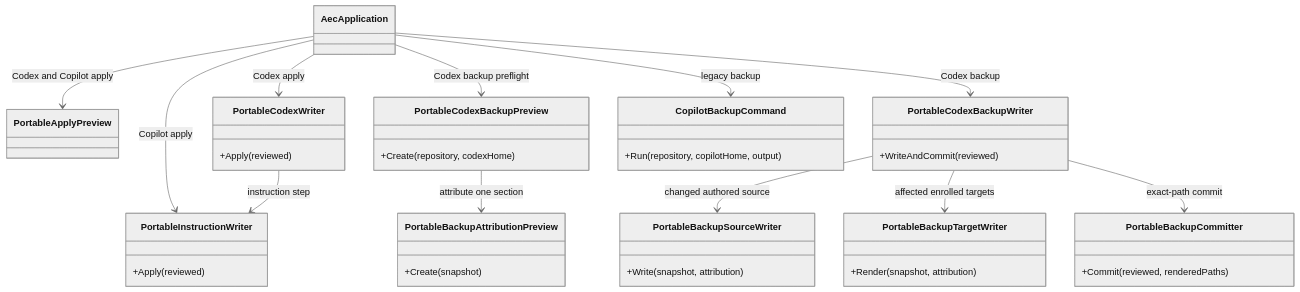
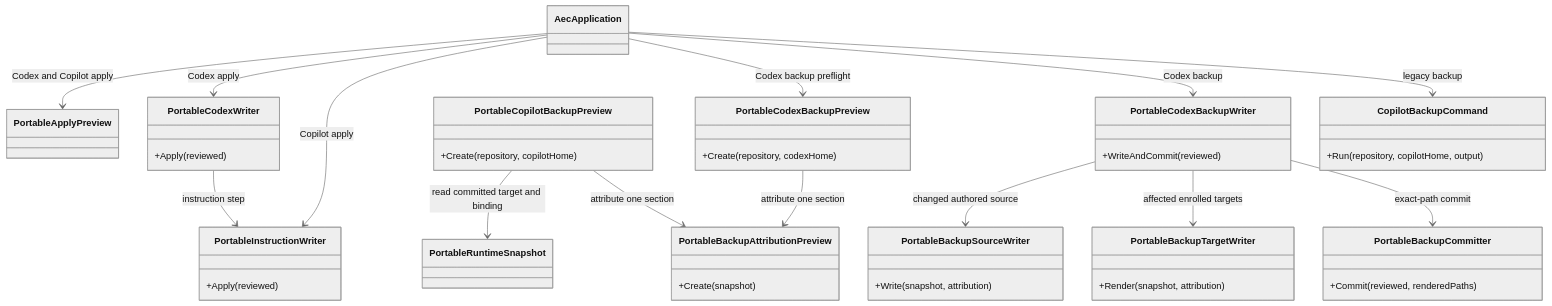
The third of 3 diagrams in docs/architecture.md (ferrywlto/ai-env-as-code), drawn with Mermaid (neutral theme) before and after one commit. The commit also changed other lines of this file and 3 other files, not shown here.

Commit message:
feat: preview portable Copilot backup

````diff
--- a/docs/architecture.md
+++ b/docs/architecture.md
@@ -111,44 +111,50 @@
 ```mermaid
 classDiagram
     class AecApplication
     class PortableApplyPreview
+    class PortableRuntimeSnapshot
     class PortableInstructionWriter {
         +Apply(reviewed)
     }
     class PortableCodexWriter {
         +Apply(reviewed)
     }
     class PortableCodexBackupPreview {
         +Create(repository, codexHome)
+    }
+    class PortableCopilotBackupPreview {
+        +Create(repository, copilotHome)
     }
     class PortableBackupAttributionPreview {
         +Create(snapshot)
     }
     class PortableCodexBackupWriter {
         +WriteAndCommit(reviewed)
     }
     class PortableBackupSourceWriter {
         +Write(snapshot, attribution)
     }
     class PortableBackupTargetWriter {
         +Render(snapshot, attribution)
     }
     class PortableBackupCommitter {
         +Commit(reviewed, renderedPaths)
     }
     class CopilotBackupCommand {
         +Run(repository, copilotHome, output)
     }
 
     AecApplication --> PortableApplyPreview : Codex and Copilot apply
     AecApplication --> PortableCodexWriter : Codex apply
     AecApplication --> PortableInstructionWriter : Copilot apply
     PortableCodexWriter --> PortableInstructionWriter : instruction step
     AecApplication --> PortableCodexBackupPreview : Codex backup preflight
     PortableCodexBackupPreview --> PortableBackupAttributionPreview : attribute one section
+    PortableCopilotBackupPreview --> PortableRuntimeSnapshot : read committed target and binding
+    PortableCopilotBackupPreview --> PortableBackupAttributionPreview : attribute one section
     AecApplication --> PortableCodexBackupWriter : Codex backup
     PortableCodexBackupWriter --> PortableBackupSourceWriter : changed authored source
     PortableCodexBackupWriter --> PortableBackupTargetWriter : affected enrolled targets
     PortableCodexBackupWriter --> PortableBackupCommitter : exact-path commit
     AecApplication --> CopilotBackupCommand : legacy backup
 ```
````
